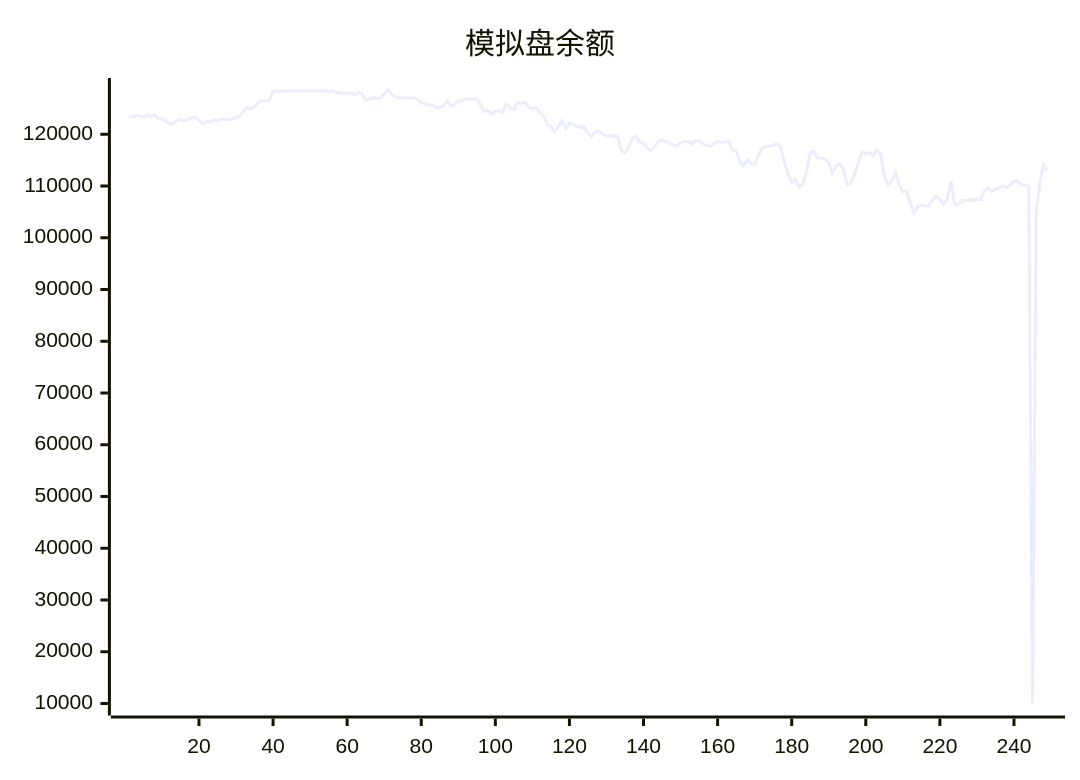
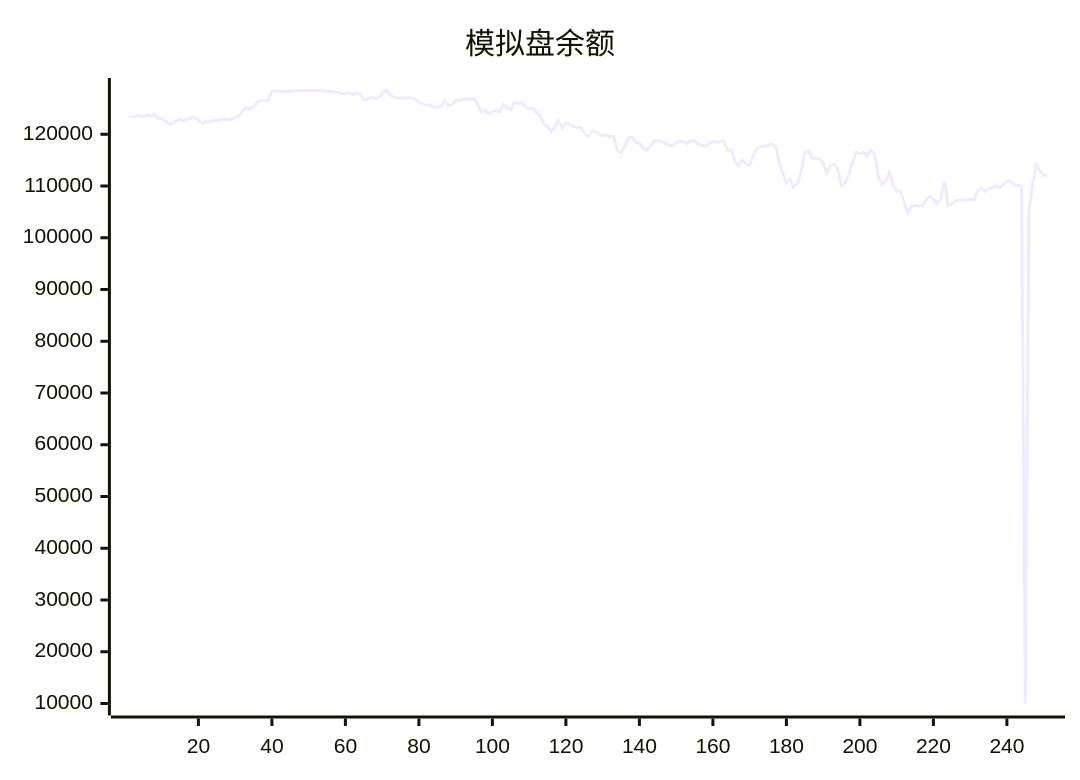
The diagram in README.md (aahl/ai-trading), drawn with Mermaid before and after one commit. The commit also changed other lines of this file and 1 other file, not shown here.

````diff
--- a/README.md
+++ b/README.md
@@ -5,5 +5,5 @@
 ```mermaid
 xychart
     title "模拟盘余额"
-    line [123338,123402,123530,123592,123378,123745,123413,123853,123009,123040,122557,121938,122095,122599,122856,122597,122898,123160,123319,122719,122087,122454,122416,122685,122592,122907,122961,122776,122981,123295,123507,124403,125224,124894,125303,126088,126544,126534,126549,128335,128318,128318,128318,128318,128318,128424,128424,128424,128424,128424,128424,128424,128424,128424,128247,128412,128062,128087,127917,127901,128026,127611,128000,127850,126572,126770,127100,126971,127029,127783,128554,127765,127224,127064,127044,127009,127025,127004,126738,126152,125871,125635,125707,125117,125217,125420,126480,125545,125715,126511,126424,126856,126764,126788,126890,125710,124381,124632,123936,124402,124574,124256,125833,125070,124739,126154,125966,126145,125213,124943,125143,124157,123604,121959,121476,120476,121470,122610,121201,122221,121889,121522,121332,121344,120232,119559,120513,120577,120108,119680,119777,119572,119568,116839,116392,117573,119250,119585,118469,118277,117338,116897,117706,118628,118849,118579,118280,117926,117735,118373,118639,118544,118136,118798,118819,118162,117874,117649,118215,118601,118463,118517,118713,116911,116899,114798,113887,115084,114313,114091,115934,117221,117658,117658,117883,118164,117693,114632,112403,110644,111313,109777,110444,112673,116419,116772,115355,115355,115198,114476,112510,113954,114276,113223,110151,110561,112361,114562,116522,116265,116500,115845,117000,116199,111887,110306,110942,112588,110318,108891,109011,106814,104811,106038,106327,106201,106180,107315,108068,107463,106528,107530,110941,106346,106482,107161,107268,107270,107302,107426,107340,108985,109681,108962,109404,109645,110030,109680,110214,110918,110897,110215,110212,109962,10000,105235,110525,114151,112895]
+    line [123338,123402,123530,123592,123378,123745,123413,123853,123009,123040,122557,121938,122095,122599,122856,122597,122898,123160,123319,122719,122087,122454,122416,122685,122592,122907,122961,122776,122981,123295,123507,124403,125224,124894,125303,126088,126544,126534,126549,128335,128318,128318,128318,128318,128318,128424,128424,128424,128424,128424,128424,128424,128424,128424,128247,128412,128062,128087,127917,127901,128026,127611,128000,127850,126572,126770,127100,126971,127029,127783,128554,127765,127224,127064,127044,127009,127025,127004,126738,126152,125871,125635,125707,125117,125217,125420,126480,125545,125715,126511,126424,126856,126764,126788,126890,125710,124381,124632,123936,124402,124574,124256,125833,125070,124739,126154,125966,126145,125213,124943,125143,124157,123604,121959,121476,120476,121470,122610,121201,122221,121889,121522,121332,121344,120232,119559,120513,120577,120108,119680,119777,119572,119568,116839,116392,117573,119250,119585,118469,118277,117338,116897,117706,118628,118849,118579,118280,117926,117735,118373,118639,118544,118136,118798,118819,118162,117874,117649,118215,118601,118463,118517,118713,116911,116899,114798,113887,115084,114313,114091,115934,117221,117658,117658,117883,118164,117693,114632,112403,110644,111313,109777,110444,112673,116419,116772,115355,115355,115198,114476,112510,113954,114276,113223,110151,110561,112361,114562,116522,116265,116500,115845,117000,116199,111887,110306,110942,112588,110318,108891,109011,106814,104811,106038,106327,106201,106180,107315,108068,107463,106528,107530,110941,106346,106482,107161,107268,107270,107302,107426,107340,108985,109681,108962,109404,109645,110030,109680,110214,110918,110897,110215,110212,109962,10000,105235,110525,114151,112895,112137,112083]
 ```
````
